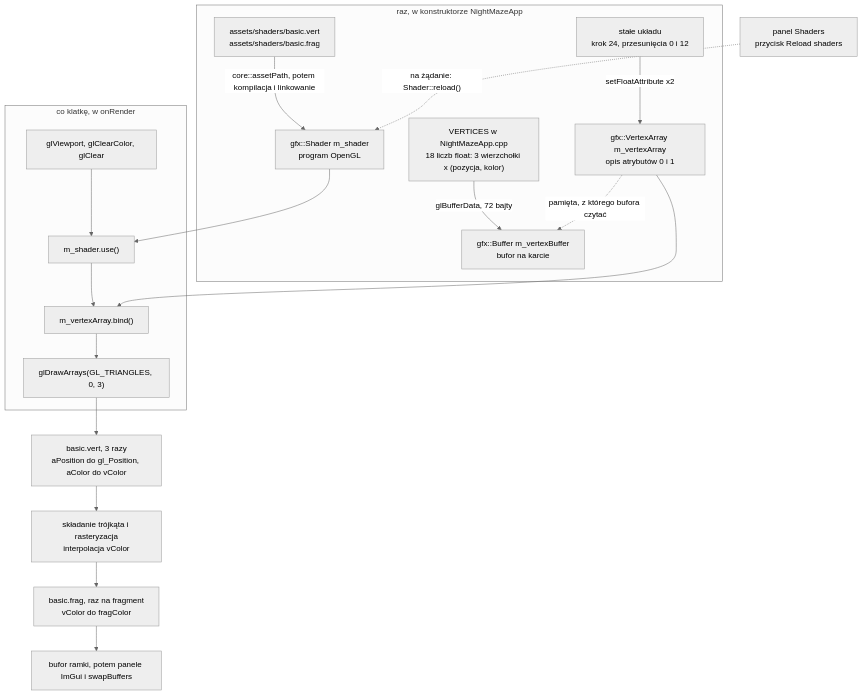
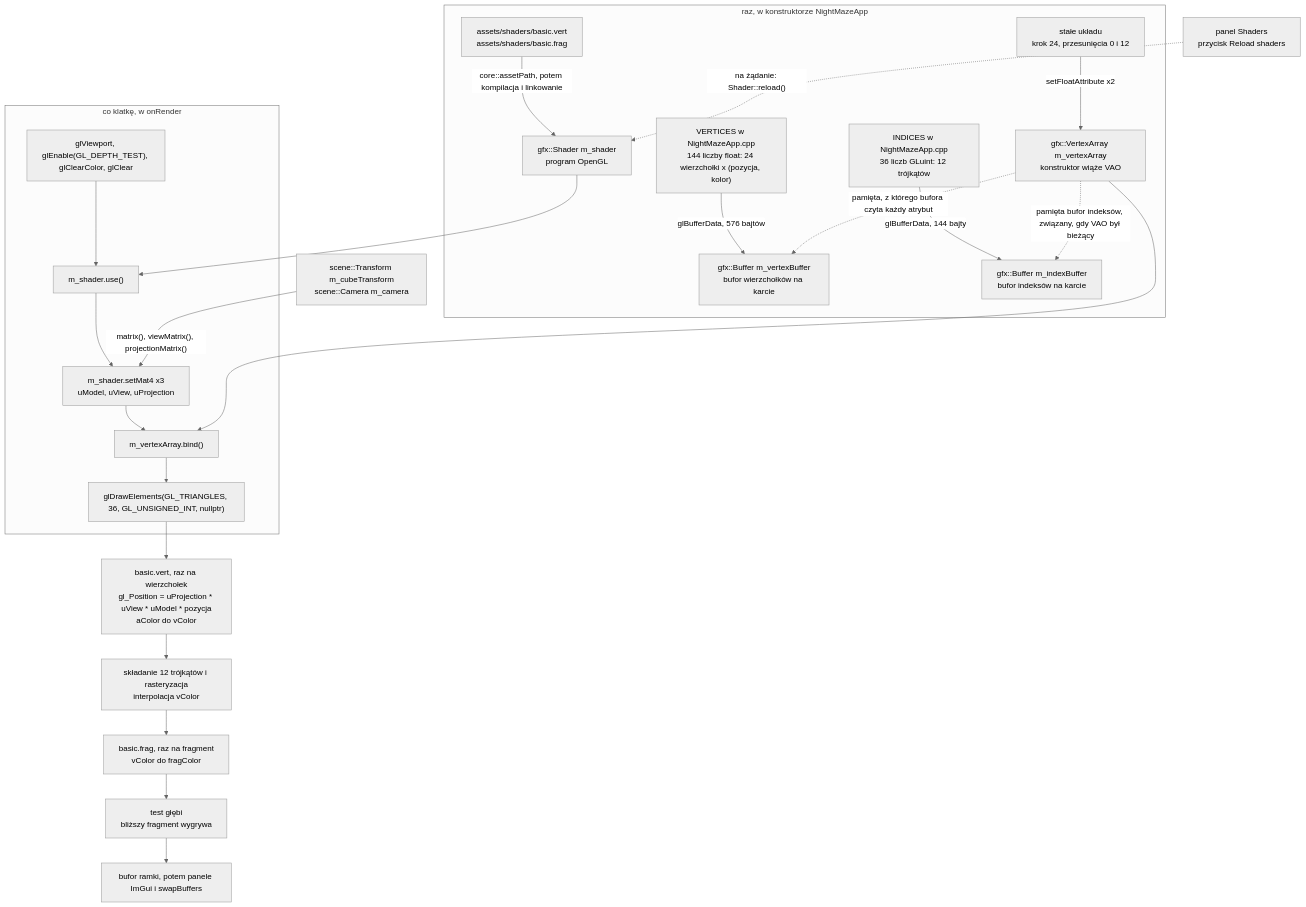
The fourth of 4 diagrams in docs/modules/gfx/README.md (Shironex/night-maze), drawn with Mermaid (neutral theme) before and after one commit. The commit also changed other lines of this file and 27 other files, not shown here.

First line of the commit message:
feat(game): draw a cube with model, view and projection

````diff
--- a/docs/modules/gfx/README.md
+++ b/docs/modules/gfx/README.md
@@ -157,21 +159,27 @@
 ```mermaid
 flowchart TD
     subgraph Start["raz, w konstruktorze NightMazeApp"]
         Files["assets/shaders/basic.vert<br/>assets/shaders/basic.frag"] -->|"core::assetPath, potem kompilacja i linkowanie"| Shader["gfx::Shader m_shader<br/>program OpenGL"]
-        Vertices["VERTICES w NightMazeApp.cpp<br/>18 liczb float: 3 wierzchołki x (pozycja, kolor)"] -->|"glBufferData, 72 bajty"| Buffer["gfx::Buffer m_vertexBuffer<br/>bufor na karcie"]
-        Layout["stałe układu<br/>krok 24, przesunięcia 0 i 12"] -->|"setFloatAttribute x2"| Vao["gfx::VertexArray m_vertexArray<br/>opis atrybutów 0 i 1"]
-        Vao -. "pamięta, z którego bufora czytać" .-> Buffer
+        Vao["gfx::VertexArray m_vertexArray<br/>konstruktor wiąże VAO"]
+        Vertices["VERTICES w NightMazeApp.cpp<br/>144 liczby float: 24 wierzchołki x (pozycja, kolor)"] -->|"glBufferData, 576 bajtów"| Buffer["gfx::Buffer m_vertexBuffer<br/>bufor wierzchołków na karcie"]
+        Indices["INDICES w NightMazeApp.cpp<br/>36 liczb GLuint: 12 trójkątów"] -->|"glBufferData, 144 bajty"| Ebo["gfx::Buffer m_indexBuffer<br/>bufor indeksów na karcie"]
+        Layout["stałe układu<br/>krok 24, przesunięcia 0 i 12"] -->|"setFloatAttribute x2"| Vao
+        Vao -. "pamięta, z którego bufora czyta każdy atrybut" .-> Buffer
+        Vao -. "pamięta bufor indeksów, związany, gdy VAO był bieżący" .-> Ebo
     end
     subgraph Frame["co klatkę, w onRender"]
-        Clear["glViewport, glClearColor, glClear"] --> Use["m_shader.use()"]
-        Use --> Bind["m_vertexArray.bind()"]
-        Bind --> Draw["glDrawArrays(GL_TRIANGLES, 0, 3)"]
+        Clear["glViewport, glEnable(GL_DEPTH_TEST), glClearColor, glClear"] --> Use["m_shader.use()"]
+        Use --> Mats["m_shader.setMat4 x3<br/>uModel, uView, uProjection"]
+        Mats --> Bind["m_vertexArray.bind()"]
+        Bind --> Draw["glDrawElements(GL_TRIANGLES, 36, GL_UNSIGNED_INT, nullptr)"]
     end
+    Scene["scene::Transform m_cubeTransform<br/>scene::Camera m_camera"] -->|"matrix(), viewMatrix(), projectionMatrix()"| Mats
     Shader --> Use
     Vao --> Bind
-    Draw --> VS["basic.vert, 3 razy<br/>aPosition do gl_Position, aColor do vColor"]
-    VS --> Rast["składanie trójkąta i rasteryzacja<br/>interpolacja vColor"]
+    Draw --> VS["basic.vert, raz na wierzchołek<br/>gl_Position = uProjection * uView * uModel * pozycja<br/>aColor do vColor"]
+    VS --> Rast["składanie 12 trójkątów i rasteryzacja<br/>interpolacja vColor"]
     Rast --> FS["basic.frag, raz na fragment<br/>vColor do fragColor"]
-    FS --> FB["bufor ramki, potem panele ImGui i swapBuffers"]
+    FS --> Depth["test głębi<br/>bliższy fragment wygrywa"]
+    Depth --> FB["bufor ramki, potem panele ImGui i swapBuffers"]
     Reload["panel Shaders<br/>przycisk Reload shaders"] -. "na żądanie: Shader::reload()" .-> Shader
 ```
````
